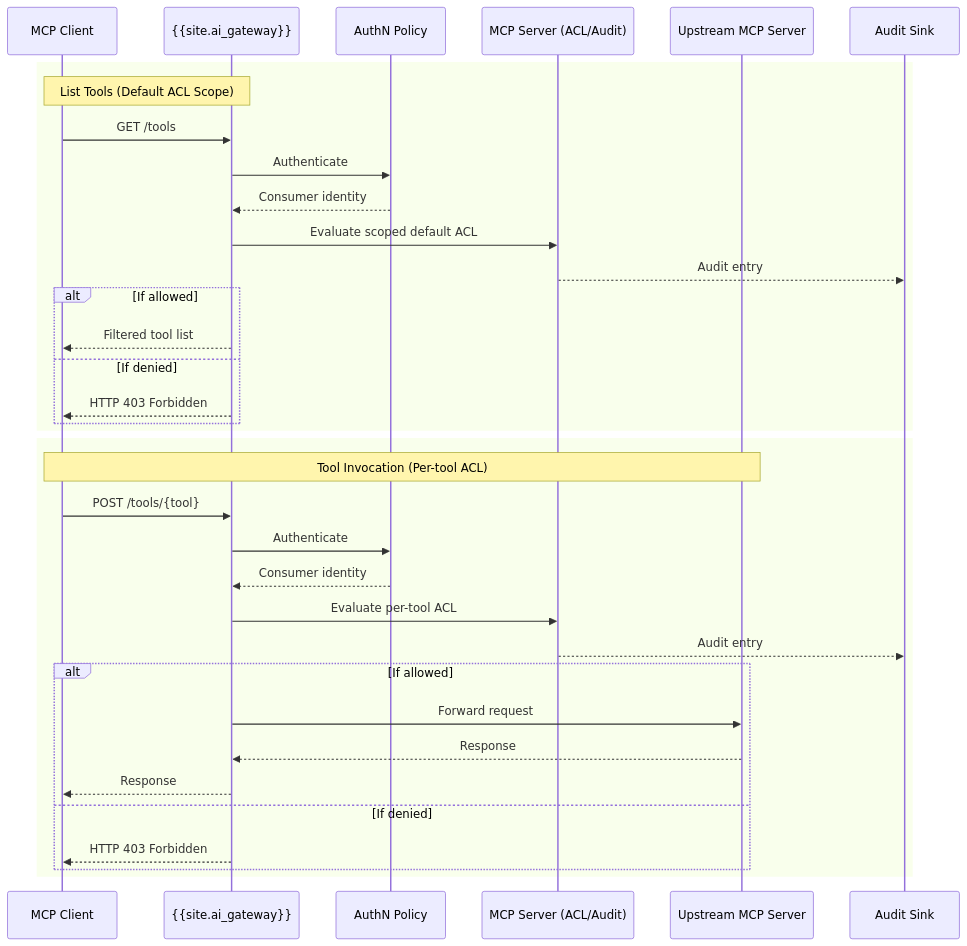
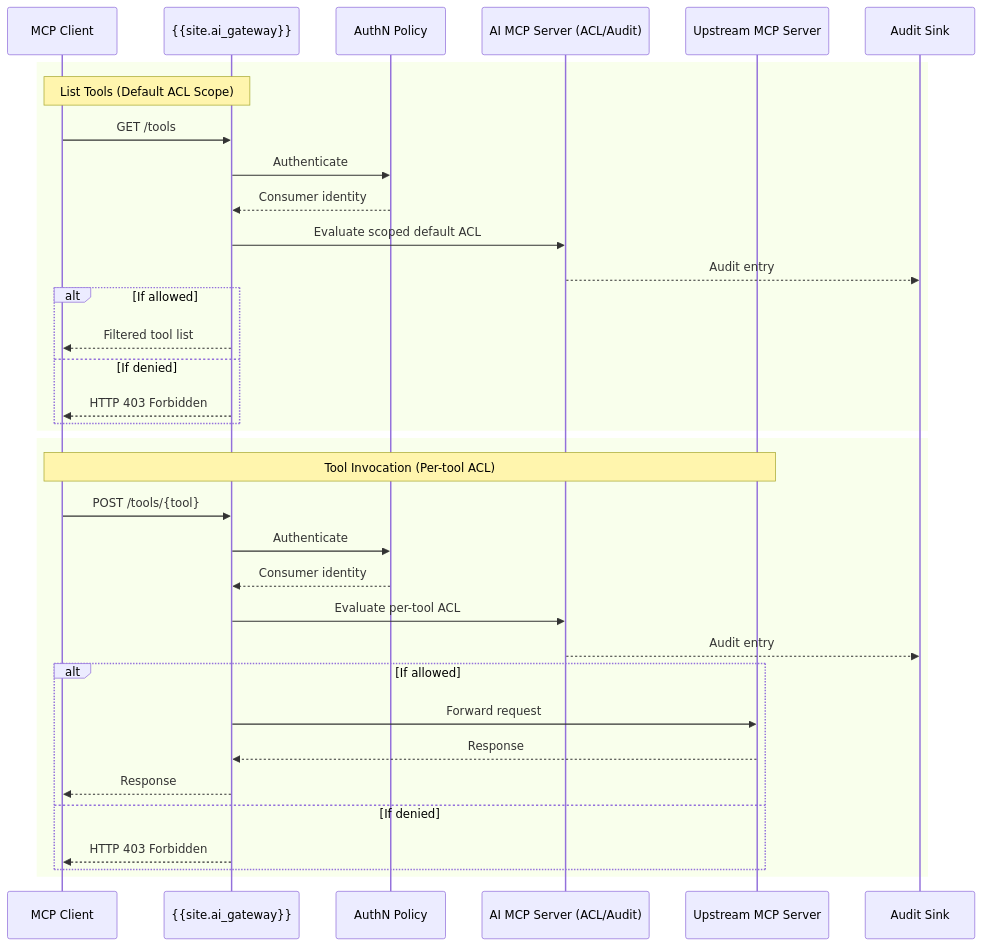
One commit to Kong/developer.konghq.com changed the second of 2 diagrams in app/_ai_gateway_entities/ai-mcp-server.md. Above: the diagram before and after it, drawn with Mermaid. The commit also changed other lines of this file and 1 other file, not shown here.

Commit message:
Update AI MCP server entity docs

```diff
--- a/app/_ai_gateway_entities/ai-mcp-server.md
+++ b/app/_ai_gateway_entities/ai-mcp-server.md
@@ -396,41 +379,41 @@
 {% mermaid %}
 sequenceDiagram
   participant Client as MCP Client
   participant Gateway as {{site.ai_gateway}}
   participant Auth as AuthN Policy
-  participant ACL as MCP Server (ACL/Audit)
+  participant ACL as AI MCP Server (ACL/Audit)
   participant Up as Upstream MCP Server
   participant Log as Audit Sink
 
   %% ----- List Tools -----
   rect
     note over Client,Gateway: List Tools (Default ACL Scope)
     Client->>Gateway: GET /tools
     Gateway->>Auth: Authenticate
     Auth-->>Gateway: Consumer identity
     Gateway->>ACL: Evaluate scoped default ACL
     ACL-->>Log: Audit entry
     alt If allowed
       Gateway-->>Client: Filtered tool list
     else If denied
       Gateway-->>Client: HTTP 403 Forbidden
     end
   end
 
   %% ----- Tool Invocation -----
   rect
     note over Client,Up: Tool Invocation (Per-tool ACL)
     Client->>Gateway: POST /tools/{tool}
     Gateway->>Auth: Authenticate
     Auth-->>Gateway: Consumer identity
     Gateway->>ACL: Evaluate per-tool ACL
     ACL-->>Log: Audit entry
     alt If allowed
       Gateway->>Up: Forward request
       Up-->>Gateway: Response
       Gateway-->>Client: Response
     else If denied
       Gateway-->>Client: HTTP 403 Forbidden
     end
   end
 {% endmermaid %}
```
